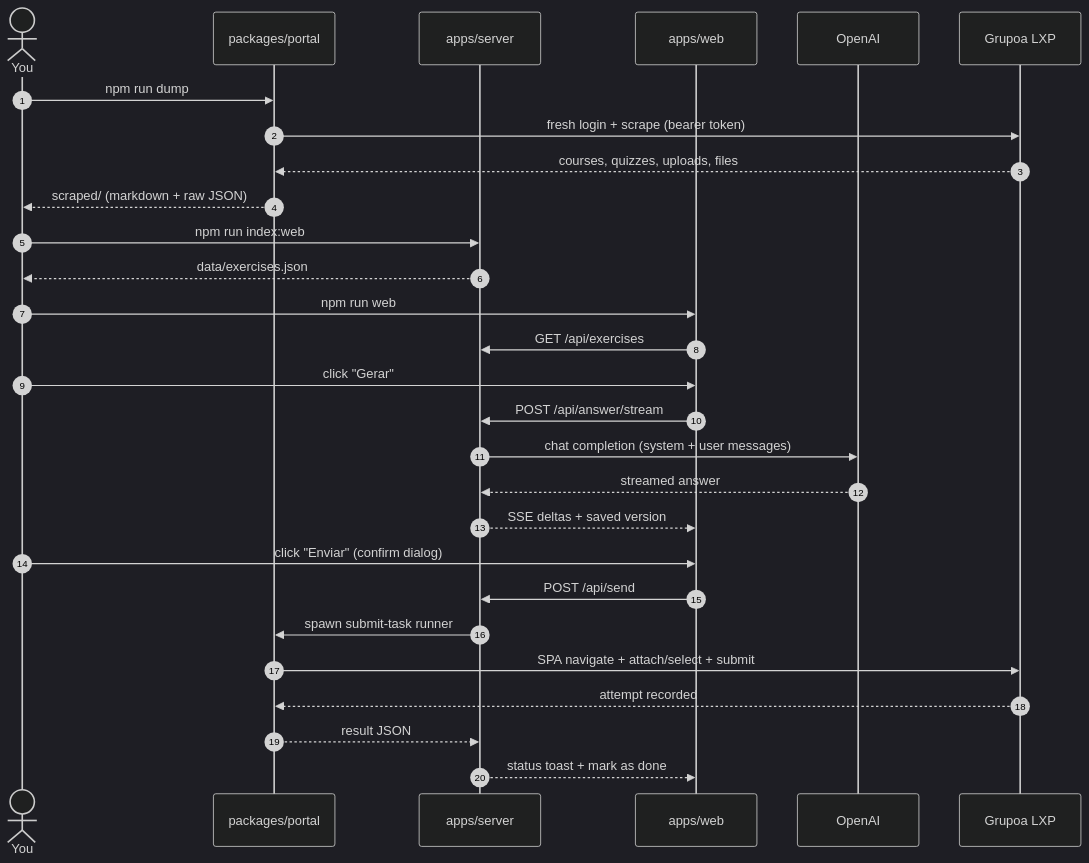
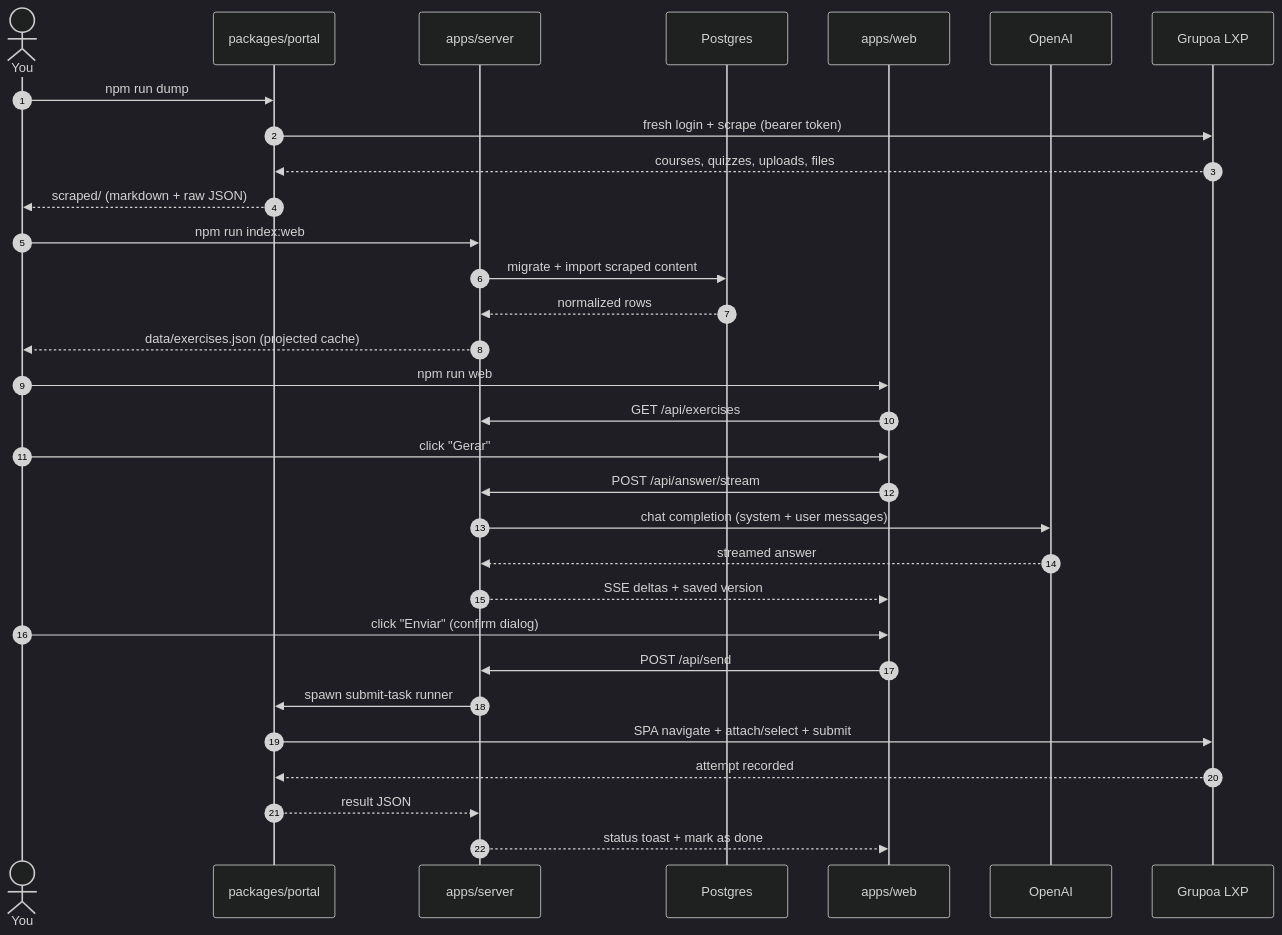
Before and after one commit to GustavoHeringerCurcio/lxp-toolkit: the second of 2 diagrams in README.md, drawn with Mermaid (dark theme). The commit also changed other lines of this file and 7 other files, not shown here.

````diff
--- a/README.md
+++ b/README.md
@@ -116,34 +119,37 @@
 ```mermaid
 sequenceDiagram
     autonumber
     actor U as You
     participant P as packages/portal
     participant S as apps/server
+    participant DB as Postgres
     participant W as apps/web
     participant O as OpenAI
     participant LXP as Grupoa LXP
 
     U->>P: npm run dump
     P->>LXP: fresh login + scrape (bearer token)
     LXP-->>P: courses, quizzes, uploads, files
     P-->>U: scraped/ (markdown + raw JSON)
 
     U->>S: npm run index:web
-    S-->>U: data/exercises.json
+    S->>DB: migrate + import scraped content
+    DB-->>S: normalized rows
+    S-->>U: data/exercises.json (projected cache)
 
     U->>W: npm run web
     W->>S: GET /api/exercises
     U->>W: click "Gerar"
     W->>S: POST /api/answer/stream
     S->>O: chat completion (system + user messages)
     O-->>S: streamed answer
     S-->>W: SSE deltas + saved version
 
     U->>W: click "Enviar" (confirm dialog)
     W->>S: POST /api/send
     S->>P: spawn submit-task runner
     P->>LXP: SPA navigate + attach/select + submit
     LXP-->>P: attempt recorded
     P-->>S: result JSON
     S-->>W: status toast + mark as done
 ```
````
